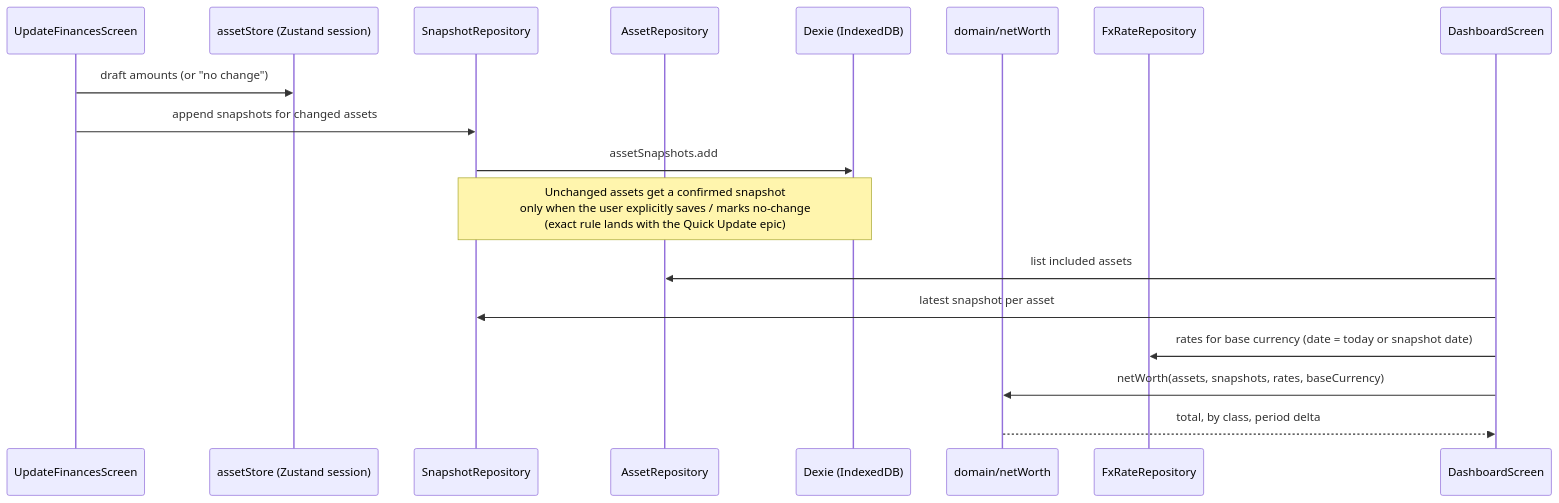
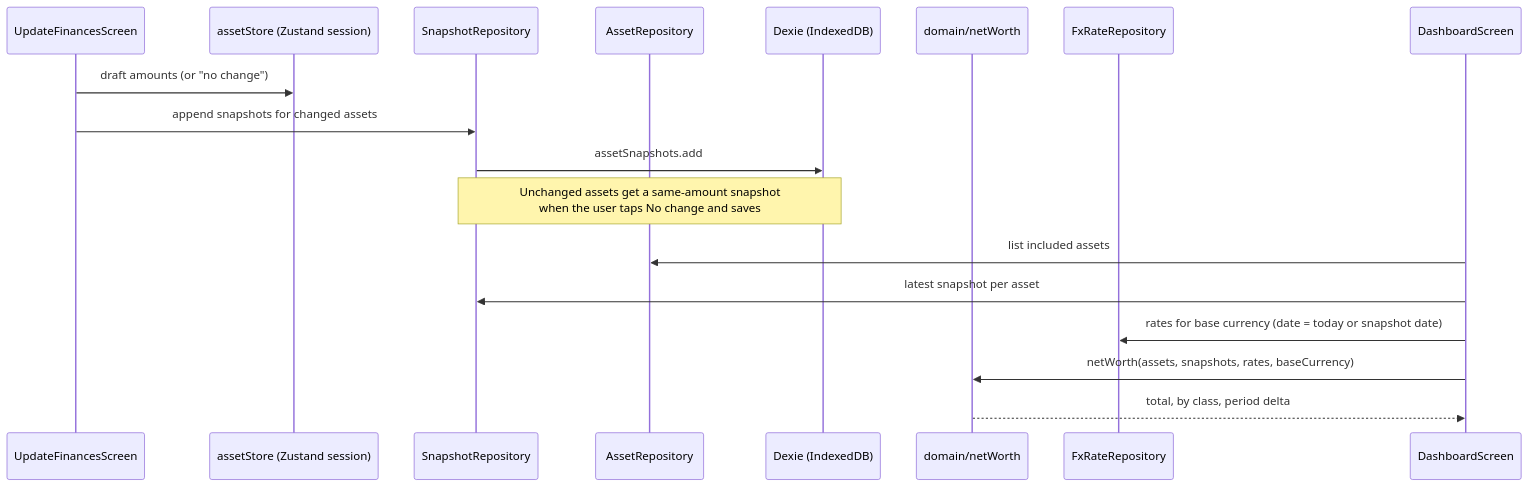
One commit to ZhannaM85/my-money changed the second of 2 diagrams in docs/ARCHITECTURE.md. Above: the diagram before and after it, drawn with Mermaid. The commit also changed other lines of this file and 8 other files, not shown here.

Commit message:
#9: Add quick update with same-amount no-change snapshots.

````diff
--- a/docs/ARCHITECTURE.md
+++ b/docs/ARCHITECTURE.md
@@ -65,22 +65,22 @@
 ```mermaid
 sequenceDiagram
     participant UF as UpdateFinancesScreen
     participant AS as assetStore (Zustand session)
     participant SR as SnapshotRepository
     participant AR as AssetRepository
     participant DB as Dexie (IndexedDB)
     participant NW as domain/netWorth
     participant FX as FxRateRepository
     participant DS as DashboardScreen
 
     UF->>AS: draft amounts (or "no change")
     UF->>SR: append snapshots for changed assets
     SR->>DB: assetSnapshots.add
-    Note over SR,DB: Unchanged assets get a confirmed snapshot<br/>only when the user explicitly saves / marks no-change<br/>(exact rule lands with the Quick Update epic)
+    Note over SR,DB: Unchanged assets get a same-amount snapshot<br/>when the user taps No change and saves
 
     DS->>AR: list included assets
     DS->>SR: latest snapshot per asset
     DS->>FX: rates for base currency (date = today or snapshot date)
     DS->>NW: netWorth(assets, snapshots, rates, baseCurrency)
     NW-->>DS: total, by class, period delta
 ```
````
